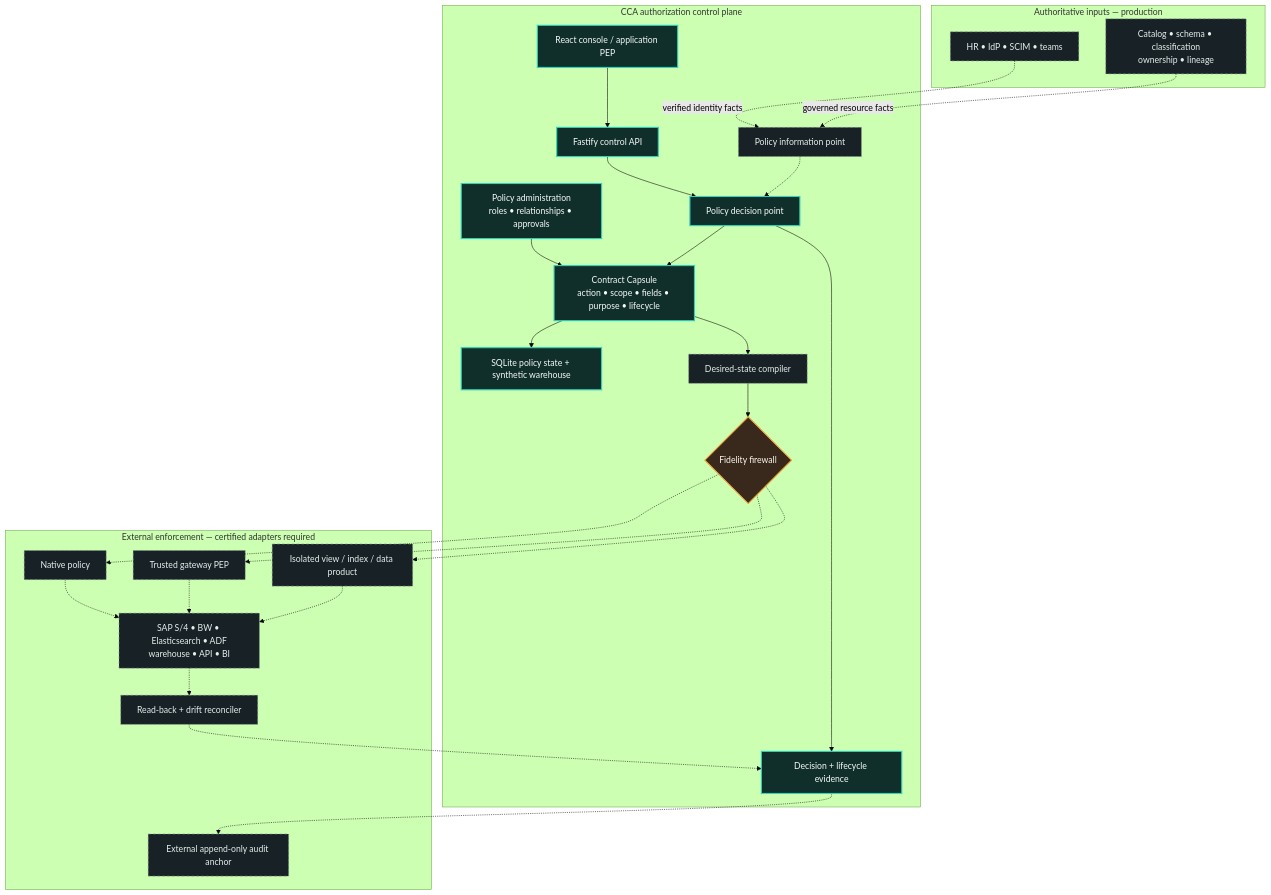
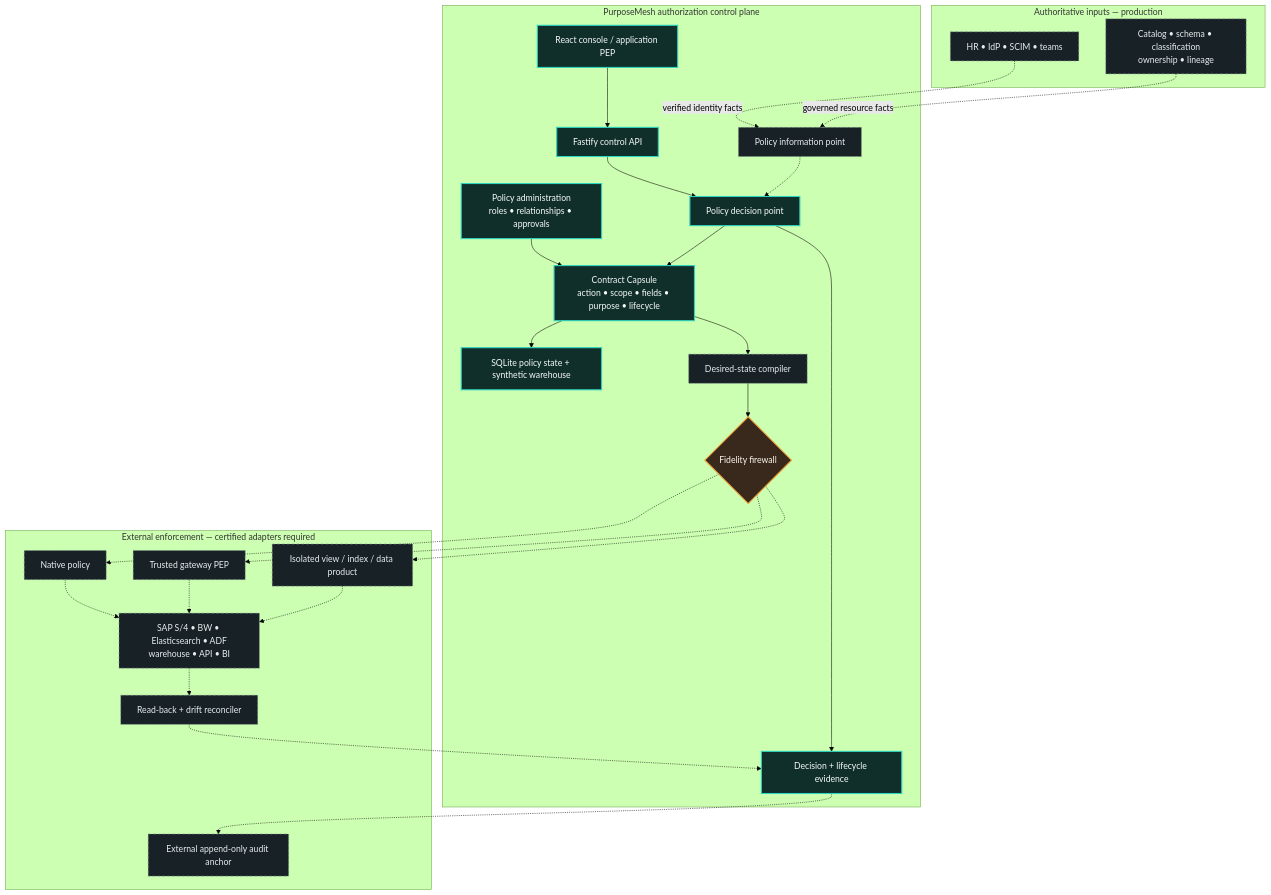
The first of 3 diagrams in docs/ARCHITECTURE.md (mkbhardwas12/purposemesh), drawn with Mermaid (forest theme) before and after one commit. The commit also changed other lines of this file and 71 other files, not shown here.

Commit message:
Rebrand public reference as PurposeMesh

````diff
--- a/docs/ARCHITECTURE.md
+++ b/docs/ARCHITECTURE.md
@@ -159,54 +161,54 @@
 ```mermaid
 flowchart TB
   subgraph inputs["Authoritative inputs — production"]
     ID["HR • IdP • SCIM • teams"]
     KNOWLEDGE["Catalog • schema • classification<br/>ownership • lineage"]
   end
 
-  subgraph cca["CCA authorization control plane"]
+  subgraph cca["PurposeMesh authorization control plane"]
     UI["React console / application PEP"]
     API["Fastify control API"]
     PIP["Policy information point"]
     ADMIN["Policy administration<br/>roles • relationships • approvals"]
     CAPSULE["Contract Capsule<br/>action • scope • fields • purpose • lifecycle"]
     PDP["Policy decision point"]
     STORE["SQLite policy state + synthetic warehouse"]
     COMPILER["Desired-state compiler"]
     GATE{"Fidelity firewall"}
     EVIDENCE["Decision + lifecycle evidence"]
   end
 
   subgraph targets["External enforcement — certified adapters required"]
     NATIVE["Native policy"]
     GATEWAY["Trusted gateway PEP"]
     PROJECTION["Isolated view / index / data product"]
     SYSTEMS["SAP S/4 • BW • Elasticsearch • ADF<br/>warehouse • API • BI"]
     RECONCILE["Read-back + drift reconciler"]
     ANCHOR["External append-only audit anchor"]
   end
 
   UI --> API --> PDP
   PDP --> CAPSULE --> STORE
   PDP --> EVIDENCE
   ADMIN --> CAPSULE
 
   ID -. "verified identity facts" .-> PIP
   KNOWLEDGE -. "governed resource facts" .-> PIP
   PIP -.-> PDP
   CAPSULE --> COMPILER --> GATE
   GATE -.-> NATIVE
   GATE -.-> GATEWAY
   GATE -.-> PROJECTION
   NATIVE -.-> SYSTEMS
   GATEWAY -.-> SYSTEMS
   PROJECTION -.-> SYSTEMS
   SYSTEMS -.-> RECONCILE -.-> EVIDENCE
   EVIDENCE -.-> ANCHOR
 
   classDef current fill:#102f2b,stroke:#2dd4bf,color:#f7fbfa,stroke-width:2px;
   classDef future fill:#172126,stroke:#809196,color:#e7eeee,stroke-dasharray:5 4;
   classDef gate fill:#38291c,stroke:#f2a23a,color:#fff8ed,stroke-width:2px;
   class UI,API,ADMIN,CAPSULE,PDP,STORE,EVIDENCE current;
   class ID,KNOWLEDGE,PIP,COMPILER,NATIVE,GATEWAY,PROJECTION,SYSTEMS,RECONCILE,ANCHOR future;
   class GATE gate;
 ```
````
